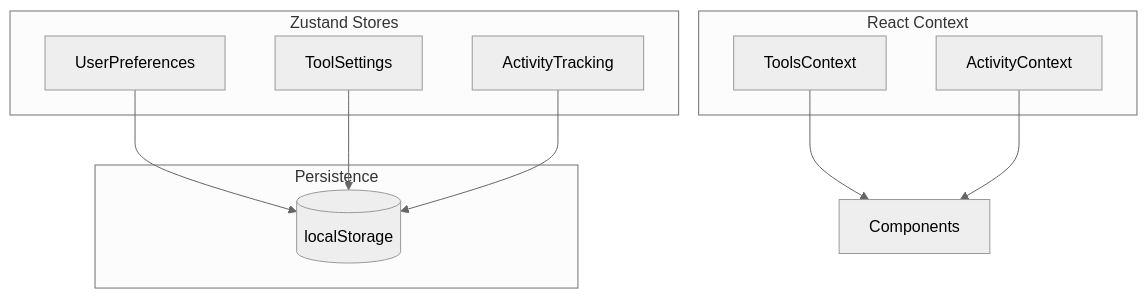
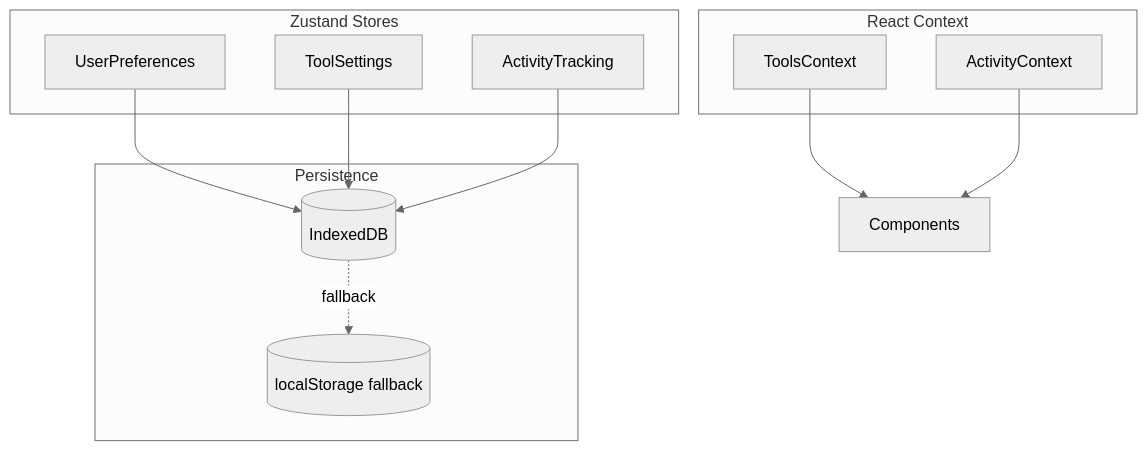
The third of 6 diagrams in docs/ARCHITECTURE.md (puri-adityakumar/astraa), drawn with Mermaid (neutral theme) before and after one commit. The commit also changed other lines of this file and 30 other files, not shown here.

````diff
--- a/docs/ARCHITECTURE.md
+++ b/docs/ARCHITECTURE.md
@@ -168,23 +179,25 @@
 ```mermaid
 graph TB
     subgraph Context["React Context"]
         TC[ToolsContext]
         AC[ActivityContext]
     end
 
     subgraph Zustand["Zustand Stores"]
         UP[UserPreferences]
         TS[ToolSettings]
         AT[ActivityTracking]
     end
 
     subgraph Storage["Persistence"]
-        LS[(localStorage)]
+        IDB[(IndexedDB)]
+        LS[(localStorage fallback)]
     end
 
     TC --> Components
     AC --> Components
-    UP --> LS
-    TS --> LS
-    AT --> LS
+    UP --> IDB
+    TS --> IDB
+    AT --> IDB
+    IDB -.->|fallback| LS
 ```
````
